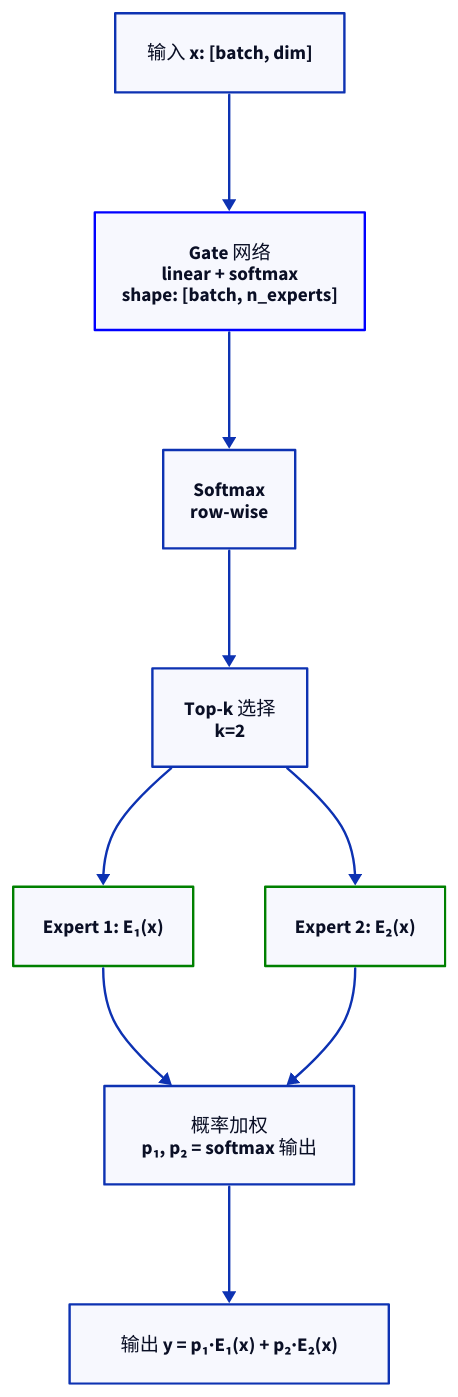
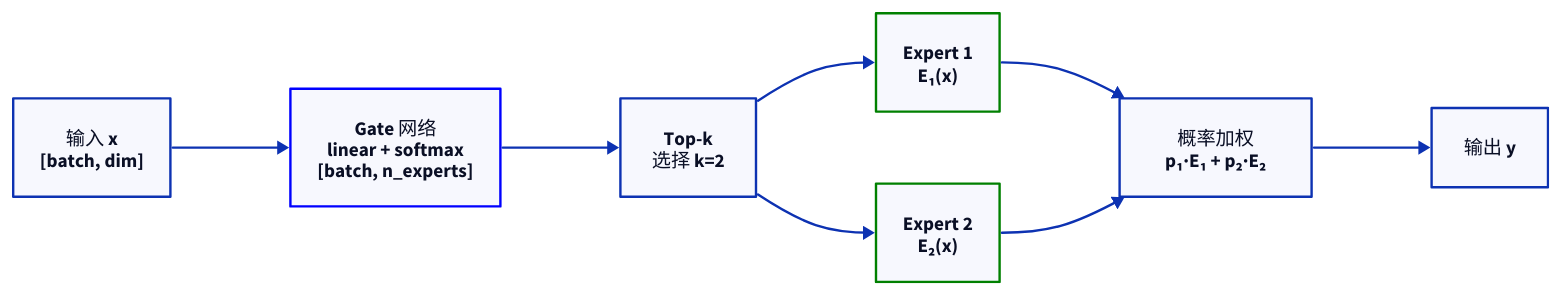
The diagram in images/moe-structure-expert-gate-notes/sparse-moe-forward.d2 (111qqz/111qqz.github.io), drawn with D2 before and after one commit. The commit also changed 4047 other files, not shown here.

First line of the commit message:
fix: 修复 D2 配图比例问题——放宽 CSS max-height 并重排 24 个极端纵横比图表

```diff
--- a/images/moe-structure-expert-gate-notes/sparse-moe-forward.d2
+++ b/images/moe-structure-expert-gate-notes/sparse-moe-forward.d2
@@ -1,27 +1,23 @@
-direction: down
+direction: right
 
-x: "输入 x: [batch, dim]"
+x: "输入 x\n[batch, dim]"
 
-W: "Gate 网络\nlinear + softmax\nshape: [batch, n_experts]" {
+W: "Gate 网络\nlinear + softmax\n[batch, n_experts]" {
   style.stroke: blue
 }
 
-S: "Softmax\nrow-wise"
-T: "Top-k 选择\nk=2"
+T: "Top-k\n选择 k=2"
 
-x -> W -> S -> T
+E1: "Expert 1\nE₁(x)" { style.stroke: green }
+E2: "Expert 2\nE₂(x)" { style.stroke: green }
 
-E1: "Expert 1: E₁(x)" { style.stroke: green }
-E2: "Expert 2: E₂(x)" { style.stroke: green }
+P: "概率加权\np₁·E₁ + p₂·E₂"
 
+y: "输出 y" { style.bold: true }
+
+x -> W -> T
 T -> E1
 T -> E2
-
-P: "概率加权\np₁, p₂ = softmax 输出"
-
 E1 -> P
 E2 -> P
-
-y: "输出 y = p₁·E₁(x) + p₂·E₂(x)" { style.bold: true }
-
 P -> y
```
